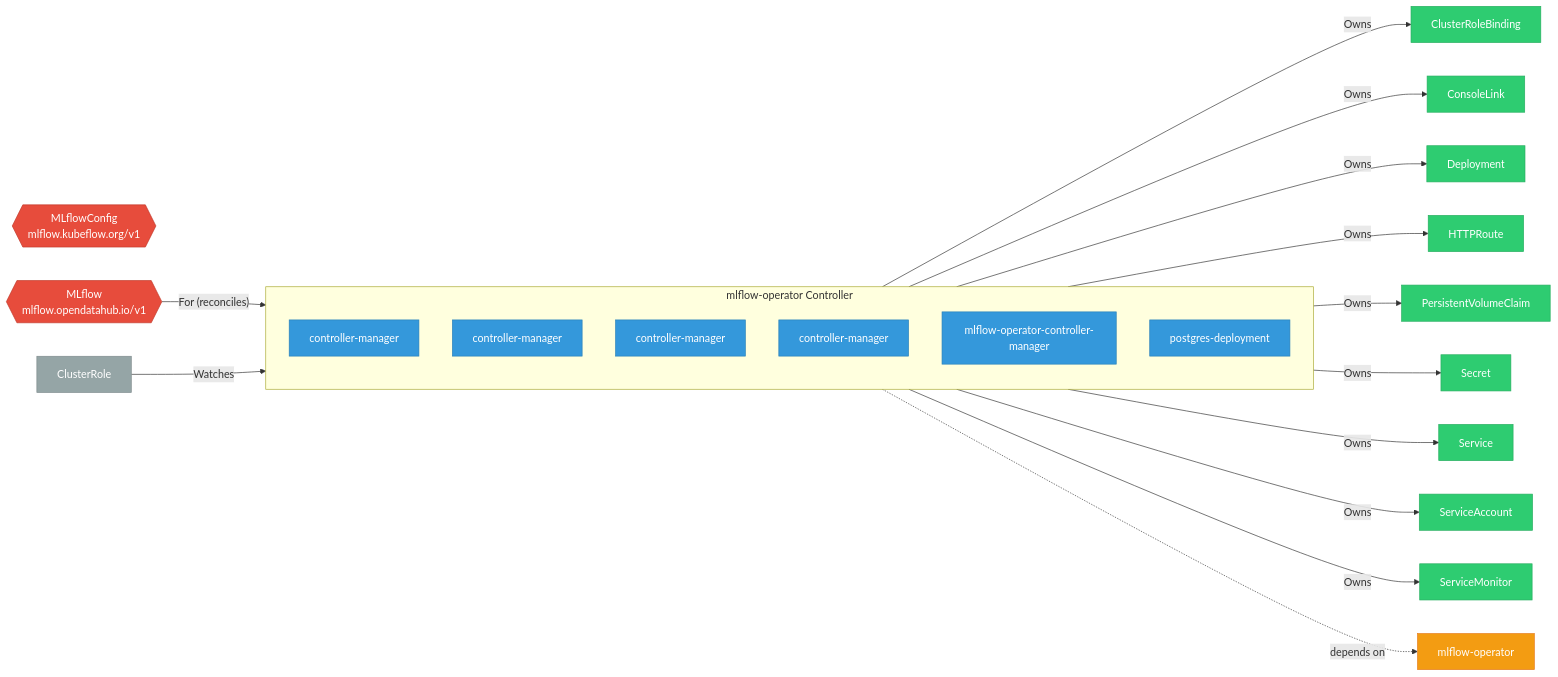
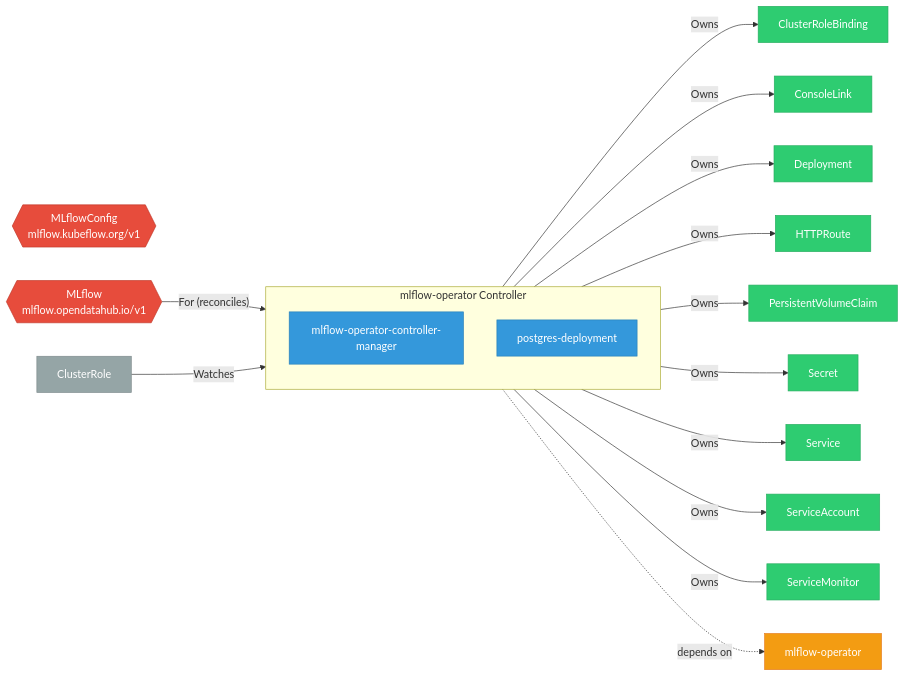
Before and after one commit to ugiordan/architecture-analyzer: the diagram in site/docs/rhoai-platform/components/mlflow_operator/index.md, drawn with Mermaid. The commit also changed other lines of this file and 299 other files, not shown here.

````diff
--- a/site/docs/rhoai-platform/components/mlflow_operator/index.md
+++ b/site/docs/rhoai-platform/components/mlflow_operator/index.md
@@ -25,53 +25,45 @@
 ```mermaid
 graph LR
     %% Component architecture for mlflow-operator
 
     classDef crd fill:#e74c3c,stroke:#c0392b,color:#fff
     classDef controller fill:#3498db,stroke:#2980b9,color:#fff
     classDef owned fill:#2ecc71,stroke:#27ae60,color:#fff
     classDef external fill:#95a5a6,stroke:#7f8c8d,color:#fff
     classDef dep fill:#f39c12,stroke:#e67e22,color:#fff
 
     subgraph controller["mlflow-operator Controller"]
-        dep_1["controller-manager"]
+        dep_1["mlflow-operator-controller-manager"]
         class dep_1 controller
-        dep_2["controller-manager"]
+        dep_2["postgres-deployment"]
         class dep_2 controller
-        dep_3["controller-manager"]
-        class dep_3 controller
-        dep_4["controller-manager"]
-        class dep_4 controller
-        dep_5["mlflow-operator-controller-manager"]
-        class dep_5 controller
-        dep_6["postgres-deployment"]
-        class dep_6 controller
     end
 
     crd_MLflowConfig{{"MLflowConfig\nmlflow.kubeflow.org/v1"}}
     class crd_MLflowConfig crd
     crd_MLflow{{"MLflow\nmlflow.opendatahub.io/v1"}}
     class crd_MLflow crd
     crd_MLflow -->|"For (reconciles)"| controller
-    controller -->|"Owns"| owned_7["ClusterRoleBinding"]
+    controller -->|"Owns"| owned_3["ClusterRoleBinding"]
+    class owned_3 owned
+    controller -->|"Owns"| owned_4["ConsoleLink"]
+    class owned_4 owned
+    controller -->|"Owns"| owned_5["Deployment"]
+    class owned_5 owned
+    controller -->|"Owns"| owned_6["HTTPRoute"]
+    class owned_6 owned
+    controller -->|"Owns"| owned_7["PersistentVolumeClaim"]
     class owned_7 owned
-    controller -->|"Owns"| owned_8["ConsoleLink"]
+    controller -->|"Owns"| owned_8["Secret"]
     class owned_8 owned
-    controller -->|"Owns"| owned_9["Deployment"]
+    controller -->|"Owns"| owned_9["Service"]
     class owned_9 owned
-    controller -->|"Owns"| owned_10["HTTPRoute"]
+    controller -->|"Owns"| owned_10["ServiceAccount"]
     class owned_10 owned
-    controller -->|"Owns"| owned_11["PersistentVolumeClaim"]
+    controller -->|"Owns"| owned_11["ServiceMonitor"]
     class owned_11 owned
-    controller -->|"Owns"| owned_12["Secret"]
-    class owned_12 owned
-    controller -->|"Owns"| owned_13["Service"]
-    class owned_13 owned
-    controller -->|"Owns"| owned_14["ServiceAccount"]
-    class owned_14 owned
-    controller -->|"Owns"| owned_15["ServiceMonitor"]
-    class owned_15 owned
-    watch_16["ClusterRole"] -->|"Watches"| controller
-    class watch_16 external
-    controller -.->|"depends on"| odh_17["mlflow-operator"]
-    class odh_17 dep
+    watch_12["ClusterRole"] -->|"Watches"| controller
+    class watch_12 external
+    controller -.->|"depends on"| odh_13["mlflow-operator"]
+    class odh_13 dep
 ```
````
